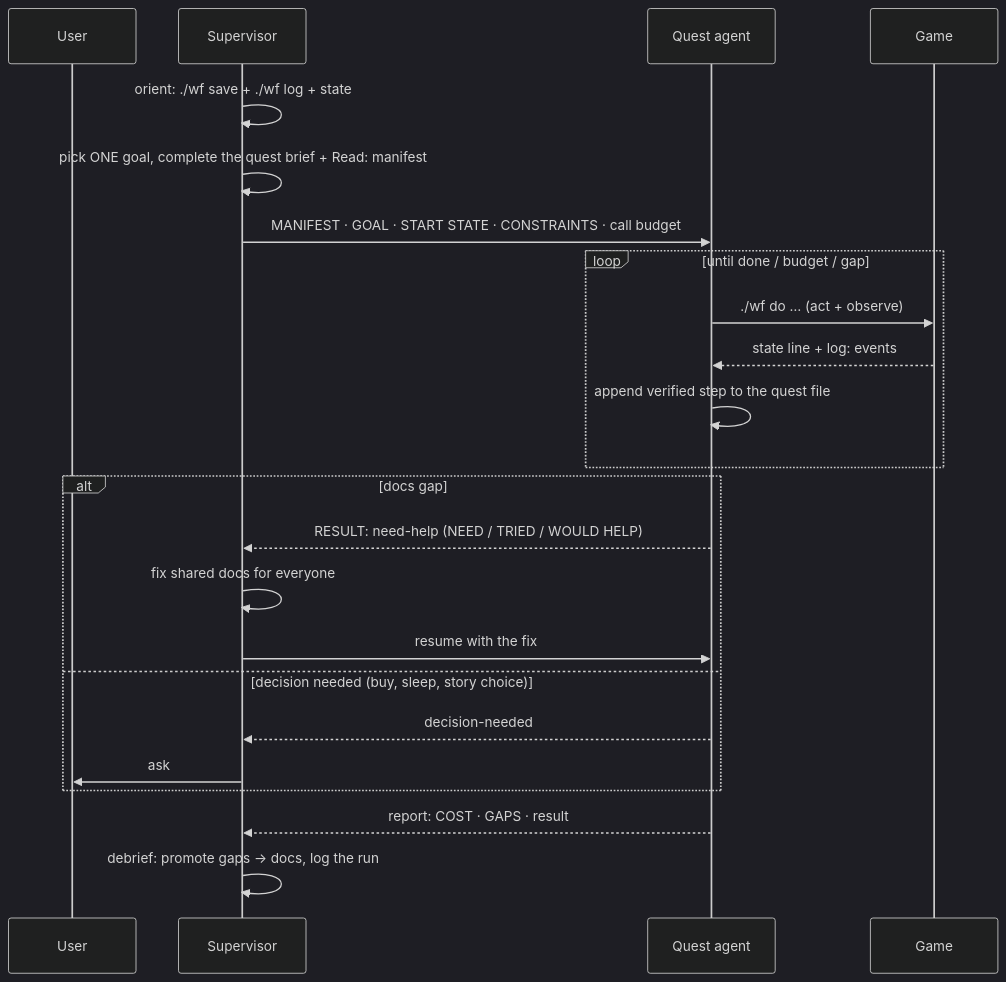
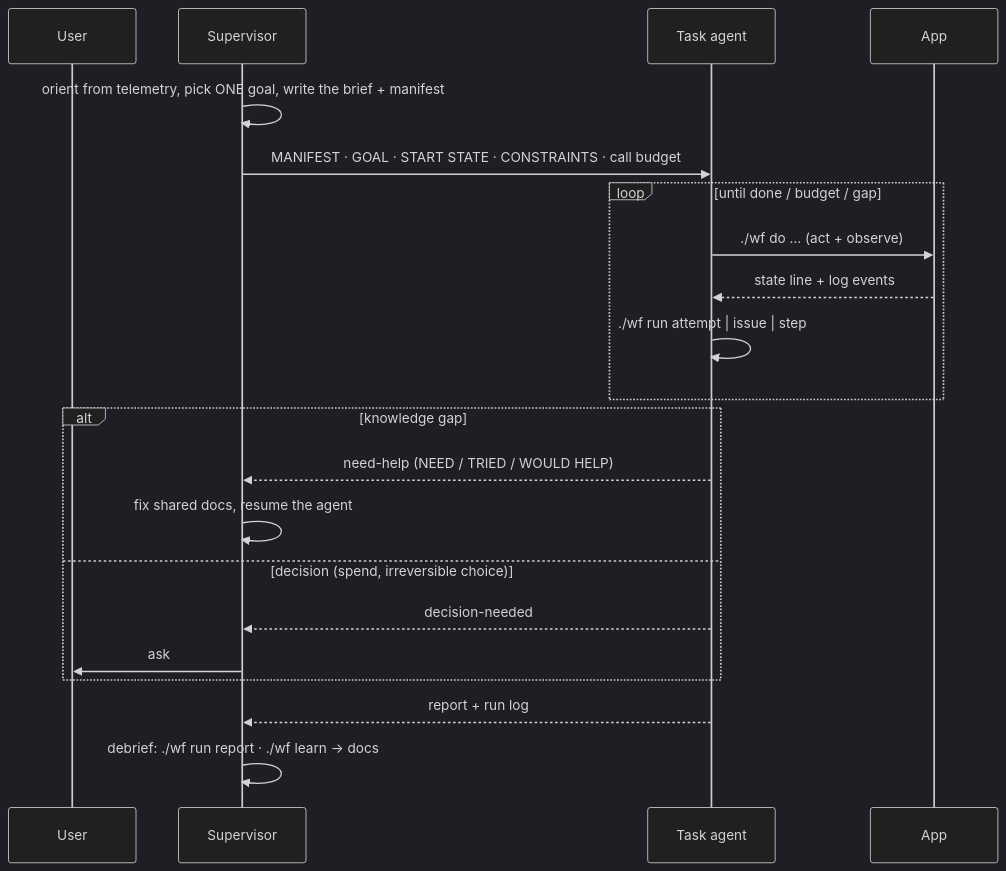
Before and after one commit to sergiimo/llm-game-agent: the fifth of 5 diagrams in README.md, drawn with Mermaid (dark theme). The commit also changed other lines of this file, not shown here.

````diff
--- a/README.md
+++ b/README.md
@@ -247,25 +276,23 @@
 ```mermaid
 sequenceDiagram
     participant U as User
     participant S as Supervisor
-    participant Q as Quest agent
-    participant G as Game
-    S->>S: orient: ./wf save + ./wf log + state
-    S->>S: pick ONE goal, complete the quest brief + Read: manifest
+    participant Q as Task agent
+    participant G as App
+    S->>S: orient from telemetry, pick ONE goal, write the brief + manifest
     S->>Q: MANIFEST · GOAL · START STATE · CONSTRAINTS · call budget
     loop until done / budget / gap
         Q->>G: ./wf do … (act + observe)
-        G-->>Q: state line + log: events
-        Q->>Q: append verified step to the quest file
+        G-->>Q: state line + log events
+        Q->>Q: ./wf run attempt | issue | step
     end
-    alt docs gap
-        Q-->>S: RESULT: need-help (NEED / TRIED / WOULD HELP)
-        S->>S: fix shared docs for everyone
-        S->>Q: resume with the fix
-    else decision needed (buy, sleep, story choice)
+    alt knowledge gap
+        Q-->>S: need-help (NEED / TRIED / WOULD HELP)
+        S->>S: fix shared docs, resume the agent
+    else decision (spend, irreversible choice)
         Q-->>S: decision-needed
         S->>U: ask
     end
-    Q-->>S: report: COST · GAPS · result
-    S->>S: debrief: promote gaps → docs, log the run
+    Q-->>S: report + run log
+    S->>S: debrief: ./wf run report · ./wf learn → docs
 ```
````
